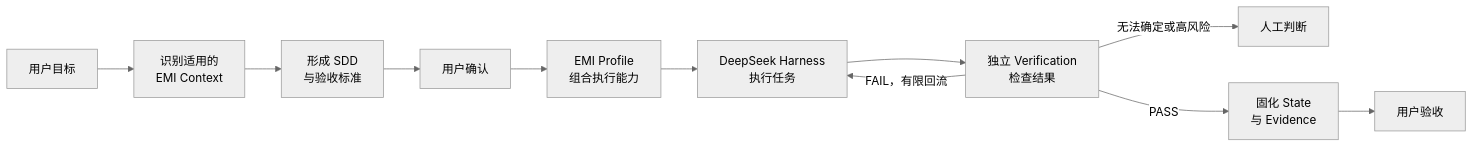
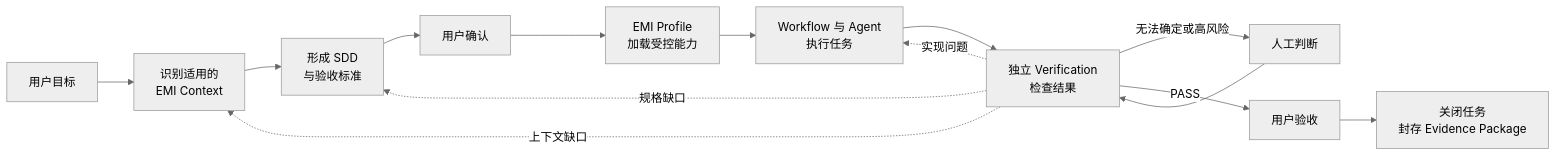
One commit to jerrywang33/emi-harness changed the first of 2 diagrams in README.md. Above: the diagram before and after it, drawn with Mermaid (neutral theme). The commit also changed other lines of this file, not shown here.

First line of the commit message:
docs: align README around the EMI Harness model

````diff
--- a/README.md
+++ b/README.md
@@ -58,13 +60,16 @@
 ```mermaid
 flowchart LR
     goal["用户目标"] --> context["识别适用的<br/>EMI Context"]
     context --> sdd["形成 SDD<br/>与验收标准"]
     sdd --> approve["用户确认"]
-    approve --> compose["EMI Profile<br/>组合执行能力"]
-    compose --> execute["DeepSeek Harness<br/>执行任务"]
+    approve --> compose["EMI Profile<br/>加载受控能力"]
+    compose --> execute["Workflow 与 Agent<br/>执行任务"]
     execute --> verify["独立 Verification<br/>检查结果"]
-    verify -->|FAIL，有限回流| execute
     verify -->|无法确定或高风险| human["人工判断"]
-    verify -->|PASS| evidence["固化 State<br/>与 Evidence"]
-    evidence --> accept["用户验收"]
+    human --> verify
+    verify -->|PASS| accept["用户验收"]
+    accept --> close["关闭任务<br/>封存 Evidence Package"]
+    verify -. 上下文缺口 .-> context
+    verify -. 规格缺口 .-> sdd
+    verify -. 实现问题 .-> execute
 ```
````
